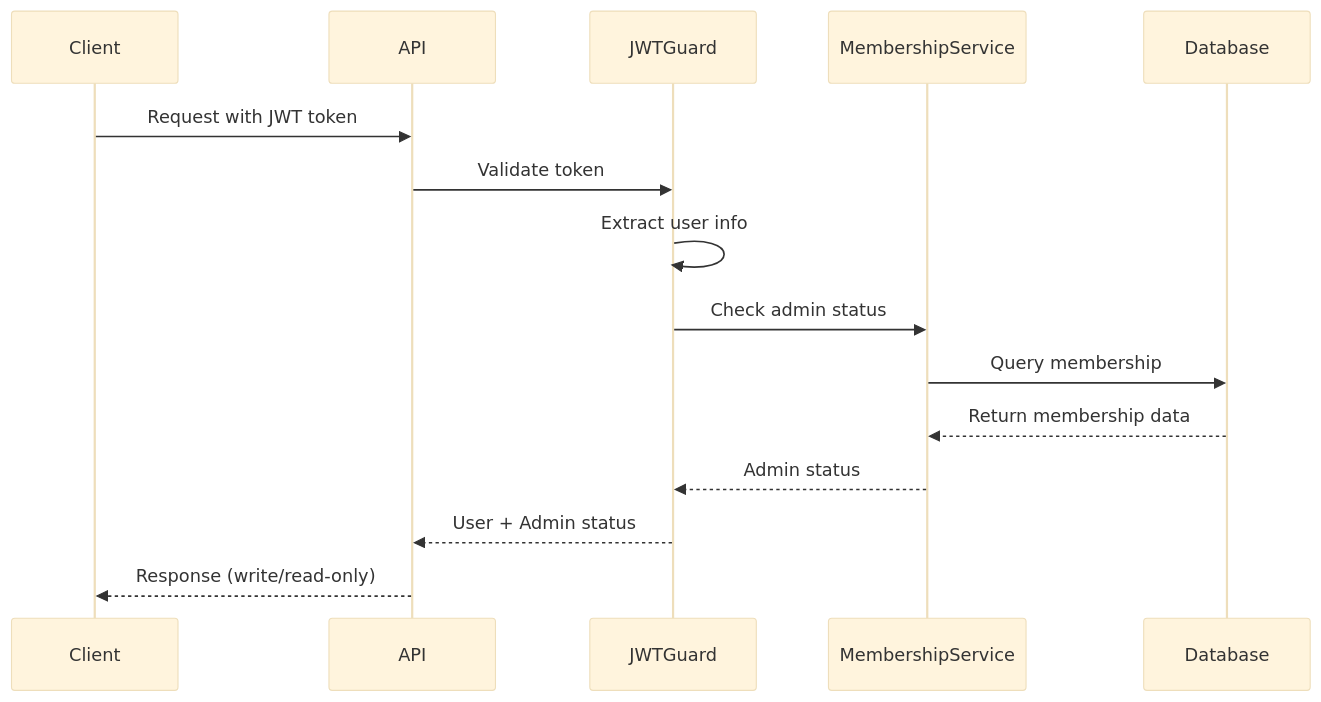
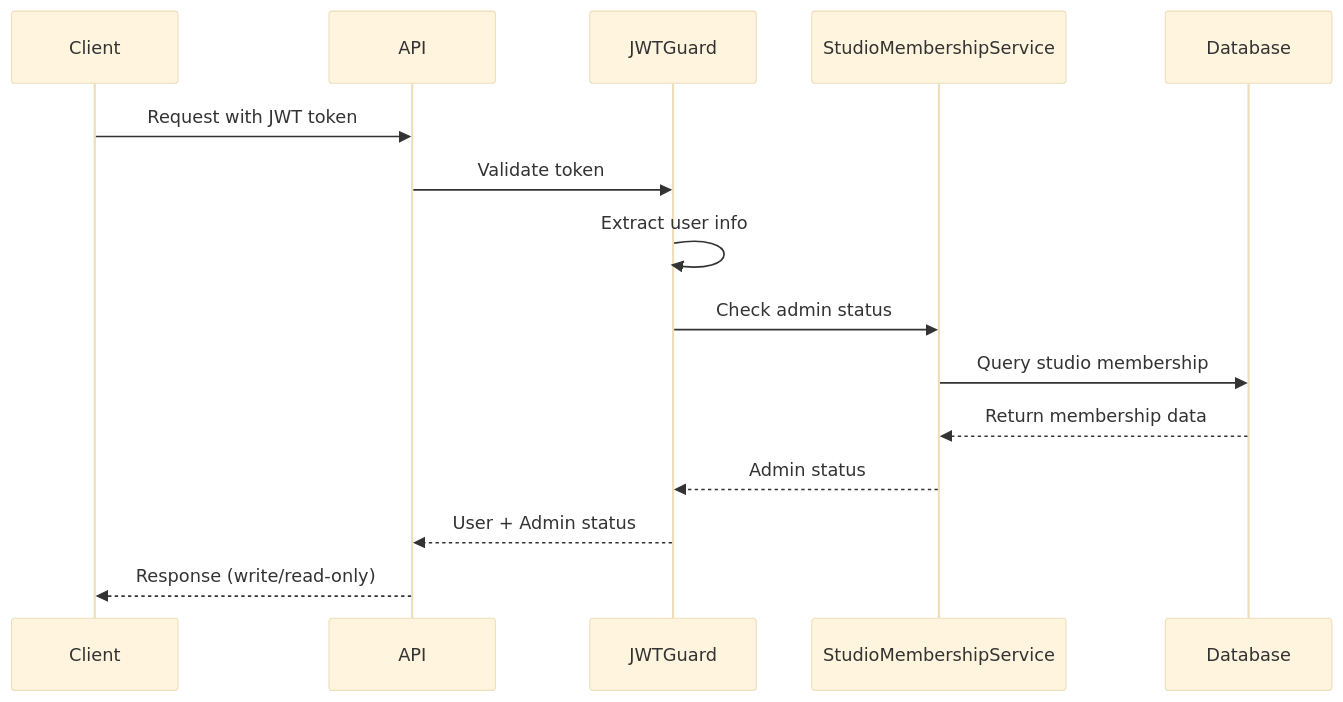
The diagram in apps/erify_api/docs/AUTHENTICATION_GUIDE.md (allenlin90/eridu-services), drawn with Mermaid (base theme) before and after one commit. The commit also changed other lines of this file and 119 other files, not shown here.

````diff
--- a/apps/erify_api/docs/AUTHENTICATION_GUIDE.md
+++ b/apps/erify_api/docs/AUTHENTICATION_GUIDE.md
@@ -16,18 +16,18 @@
 ```mermaid
 sequenceDiagram
     participant Client
     participant API
     participant JWTGuard
-    participant MembershipService
+    participant StudioMembershipService
     participant Database
     
     Client->>API: Request with JWT token
     API->>JWTGuard: Validate token
     JWTGuard->>JWTGuard: Extract user info
-    JWTGuard->>MembershipService: Check admin status
-    MembershipService->>Database: Query membership
-    Database-->>MembershipService: Return membership data
-    MembershipService-->>JWTGuard: Admin status
+    JWTGuard->>StudioMembershipService: Check admin status
+    StudioMembershipService->>Database: Query studio membership
+    Database-->>StudioMembershipService: Return membership data
+    StudioMembershipService-->>JWTGuard: Admin status
     JWTGuard-->>API: User + Admin status
     API-->>Client: Response (write/read-only)
 ```
````
